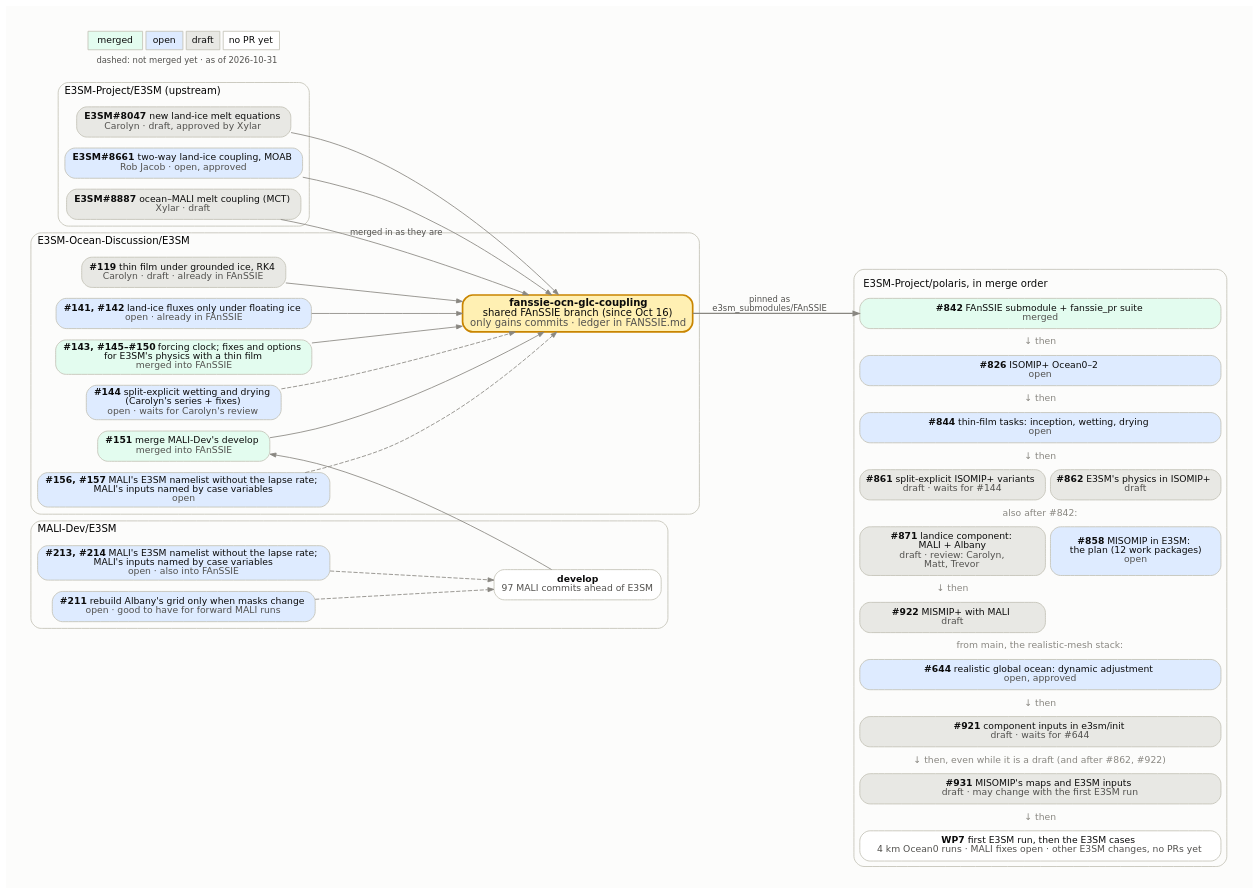
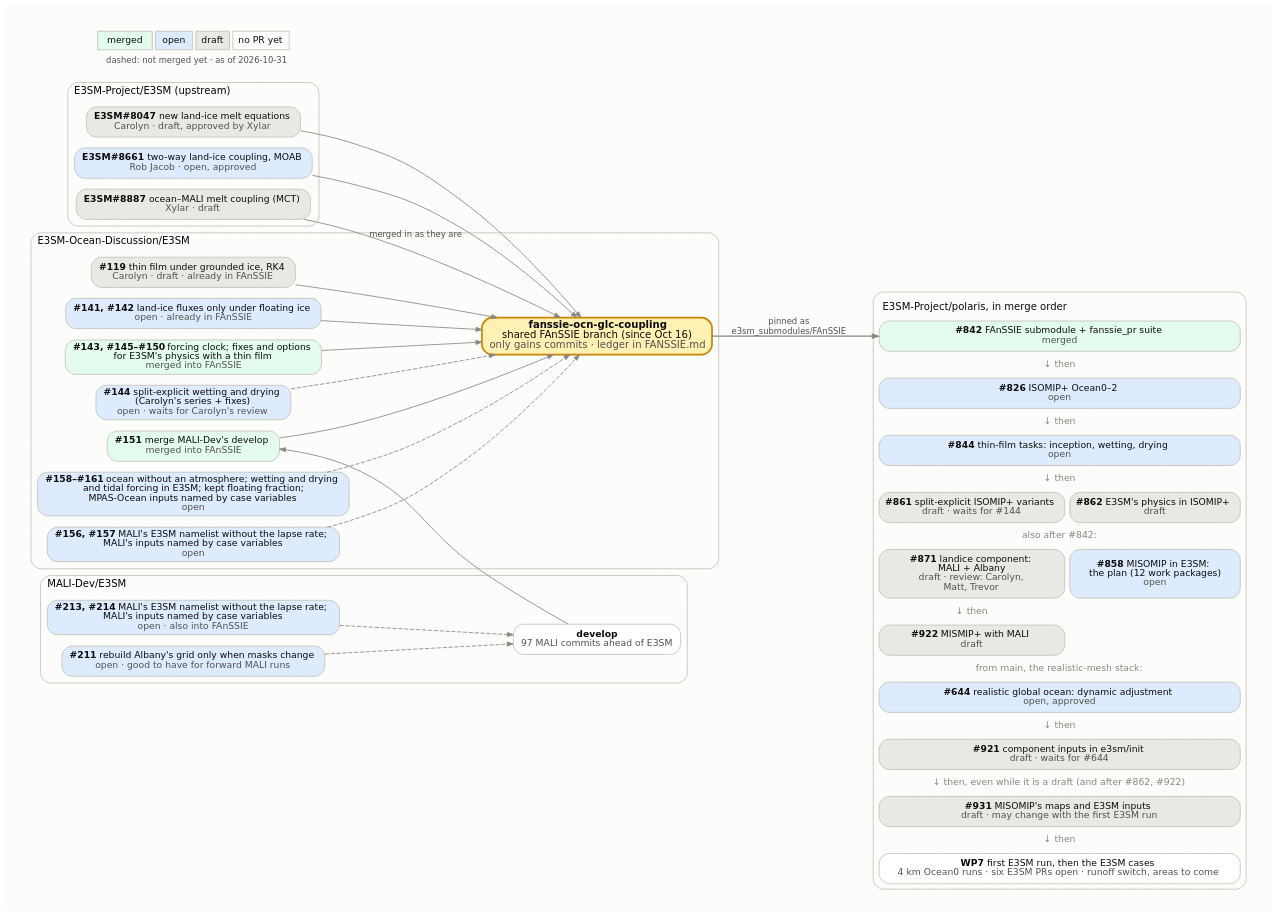
Before and after one commit to E3SM-Project/polaris: the diagram in docs/design_docs/misomip/code_flow.dot, drawn with Graphviz. The commit also changed 3 other files, not shown here.

Commit message:
Show the open FAnSSIE pull requests for the E3SM cases in the MISOMIP figures

```diff
--- a/docs/design_docs/misomip/code_flow.dot
+++ b/docs/design_docs/misomip/code_flow.dot
@@ -1,101 +1,103 @@
 // How the upstream E3SM PRs, the E3SM-Ocean-Discussion PRs, the
 // fanssie-ocn-glc-coupling branch and the Polaris PRs fit together.
 //
 // Regenerate with Graphviz 14 (Chrysalis's /usr/bin/dot 2.40 lays it out
 // wider), with the text drawn as paths so it looks the same everywhere:
 //
 //     pixi exec -s graphviz dot -Tsvg:cairo code_flow.dot -o code_flow.svg
 //
 // Fill by state: merged #e3fcef, open #deebff, draft #e8e8e4, no PR yet
 // #ffffff. Dashed edges into the FAnSSIE branch mark PRs not merged into it
 // yet. The Polaris side is one HTML-table node, in merge order, because
 // Graphviz would not keep separate boxes in that order. Update the date in
 // the legend.
 digraph fanssie {
   rankdir=LR;
   bgcolor="#fcfcfb";
   pad=0.3;
   nodesep=0.18;
   ranksep=0.7;
   fontname="DejaVu Sans";
   node [shape=box, style="rounded,filled", fontname="DejaVu Sans",
         fontsize=11, color="#c3c2b7", fontcolor="#0b0b0b", penwidth=1,
         margin="0.12,0.06"];
   edge [color="#898781", arrowsize=0.7, fontname="DejaVu Sans",
         fontsize=10, fontcolor="#52514e"];
 
   subgraph cluster_upstream {
     label="E3SM-Project/E3SM (upstream)";
     labeljust=l; fontsize=12; color="#c3c2b7"; style="rounded";
     e8047 [label=<<b>E3SM#8047</b>  new land-ice melt equations<br/><font color="#52514e">Carolyn · draft, approved by Xylar</font>>, fillcolor="#e8e8e4"];
     e8661 [label=<<b>E3SM#8661</b>  two-way land-ice coupling, MOAB<br/><font color="#52514e">Rob Jacob · open, approved</font>>, fillcolor="#deebff"];
     e8887 [label=<<b>E3SM#8887</b>  ocean–MALI melt coupling (MCT)<br/><font color="#52514e">Xylar · draft</font>>, fillcolor="#e8e8e4"];
   }
 
   subgraph cluster_malidev {
     label="MALI-Dev/E3SM";
     labeljust=l; fontsize=12; color="#c3c2b7"; style="rounded";
     malidev [label=<<b>develop</b><br/><font color="#52514e">97 MALI commits ahead of E3SM</font>>, fillcolor="#ffffff"];
     m213 [label=<<b>#213, #214</b>  MALI's E3SM namelist without the lapse rate;<br/>MALI's inputs named by case variables<br/><font color="#52514e">open · also into FAnSSIE</font>>, fillcolor="#deebff"];
     m211 [label=<<b>#211</b>  rebuild Albany's grid only when masks change<br/><font color="#52514e">open · good to have for forward MALI runs</font>>, fillcolor="#deebff"];
   }
 
   subgraph cluster_eod {
     label="E3SM-Ocean-Discussion/E3SM";
     labeljust=l; fontsize=12; color="#c3c2b7"; style="rounded";
     d119 [label=<<b>#119</b>  thin film under grounded ice, RK4<br/><font color="#52514e">Carolyn · draft · already in FAnSSIE</font>>, fillcolor="#e8e8e4"];
     d141 [label=<<b>#141, #142</b>  land-ice fluxes only under floating ice<br/><font color="#52514e">open · already in FAnSSIE</font>>, fillcolor="#deebff"];
     d143 [label=<<b>#143, #145–#150</b>  forcing clock; fixes and options<br/>for E3SM's physics with a thin film<br/><font color="#52514e">merged into FAnSSIE</font>>, fillcolor="#e3fcef"];
     d144 [label=<<b>#144</b>  split-explicit wetting and drying<br/>(Carolyn's series + fixes)<br/><font color="#52514e">open · waits for Carolyn's review</font>>, fillcolor="#deebff"];
     d151 [label=<<b>#151</b>  merge MALI-Dev's develop<br/><font color="#52514e">merged into FAnSSIE</font>>, fillcolor="#e3fcef"];
+    d158 [label=<<b>#158–#161</b>  ocean without an atmosphere; wetting and drying<br/>and tidal forcing in E3SM; kept floating fraction;<br/>MPAS-Ocean inputs named by case variables<br/><font color="#52514e">open</font>>, fillcolor="#deebff"];
     d156 [label=<<b>#156, #157</b>  MALI's E3SM namelist without the lapse rate;<br/>MALI's inputs named by case variables<br/><font color="#52514e">open</font>>, fillcolor="#deebff"];
     fanssie [label=<<b>fanssie-ocn-glc-coupling</b><br/>shared FAnSSIE branch (since Oct 16)<br/><font color="#52514e">only gains commits · ledger in FANSSIE.md</font>>,
              fillcolor="#fff0b3", penwidth=2, color="#c98500", fontsize=12];
   }
 
   polaris [shape=plaintext, style="", label=<
     <table border="1" color="#c3c2b7" style="rounded" cellborder="1" cellspacing="6" cellpadding="4" bgcolor="#fcfcfb">
       <tr><td border="0" colspan="2" align="left"><font point-size="12">E3SM-Project/polaris, in merge order</font></td></tr>
       <tr><td port="p842" bgcolor="#e3fcef" colspan="2" style="rounded" cellpadding="6"><b>#842</b>  FAnSSIE submodule + fanssie_pr suite<br/><font color="#52514e">merged</font></td></tr>
       <tr><td border="0" colspan="2"><font color="#898781">↓ then</font></td></tr>
       <tr><td port="p826" bgcolor="#deebff" colspan="2" style="rounded" cellpadding="6"><b>#826</b>  ISOMIP+ Ocean0–2<br/><font color="#52514e">open</font></td></tr>
       <tr><td border="0" colspan="2"><font color="#898781">↓ then</font></td></tr>
       <tr><td port="p844" bgcolor="#deebff" colspan="2" style="rounded" cellpadding="6"><b>#844</b>  thin-film tasks: inception, wetting, drying<br/><font color="#52514e">open</font></td></tr>
       <tr><td border="0" colspan="2"><font color="#898781">↓ then</font></td></tr>
       <tr><td port="p861" bgcolor="#e8e8e4" colspan="1" style="rounded" cellpadding="6"><b>#861</b>  split-explicit ISOMIP+ variants<br/><font color="#52514e">draft · waits for #144</font></td><td port="p862" bgcolor="#e8e8e4" colspan="1" style="rounded" cellpadding="6"><b>#862</b>  E3SM's physics in ISOMIP+<br/><font color="#52514e">draft</font></td></tr>
       <tr><td border="0" colspan="2"><font color="#898781">also after #842:</font></td></tr>
       <tr><td port="p871" bgcolor="#e8e8e4" colspan="1" style="rounded" cellpadding="6"><b>#871</b>  landice component:<br/>MALI + Albany<br/><font color="#52514e">draft · review: Carolyn,<br/>Matt, Trevor</font></td><td port="p858" bgcolor="#deebff" colspan="1" style="rounded" cellpadding="6"><b>#858</b>  MISOMIP in E3SM:<br/>the plan (12 work packages)<br/><font color="#52514e">open</font></td></tr>
       <tr><td border="0" colspan="1"><font color="#898781">↓ then</font></td><td border="0" colspan="1"></td></tr>
       <tr><td port="p922" bgcolor="#e8e8e4" colspan="1" style="rounded" cellpadding="6"><b>#922</b>  MISMIP+ with MALI<br/><font color="#52514e">draft</font></td><td border="0" colspan="1"></td></tr>
       <tr><td border="0" colspan="2"><font color="#898781">from main, the realistic-mesh stack:</font></td></tr>
       <tr><td port="p644" bgcolor="#deebff" colspan="2" style="rounded" cellpadding="6"><b>#644</b>  realistic global ocean: dynamic adjustment<br/><font color="#52514e">open, approved</font></td></tr>
       <tr><td border="0" colspan="2"><font color="#898781">↓ then</font></td></tr>
       <tr><td port="p921" bgcolor="#e8e8e4" colspan="2" style="rounded" cellpadding="6"><b>#921</b>  component inputs in e3sm/init<br/><font color="#52514e">draft · waits for #644</font></td></tr>
       <tr><td border="0" colspan="2"><font color="#898781">↓ then, even while it is a draft (and after #862, #922)</font></td></tr>
       <tr><td port="pwp56" bgcolor="#e8e8e4" colspan="2" style="rounded" cellpadding="6"><b>#931</b>  MISOMIP's maps and E3SM inputs<br/><font color="#52514e">draft · may change with the first E3SM run</font></td></tr>
       <tr><td border="0" colspan="2"><font color="#898781">↓ then</font></td></tr>
-      <tr><td port="pwp7" bgcolor="#ffffff" colspan="2" style="rounded" cellpadding="6"><b>WP7</b>  first E3SM run, then the E3SM cases<br/><font color="#52514e">4 km Ocean0 runs · MALI fixes open · other E3SM changes, no PRs yet</font></td></tr>
+      <tr><td port="pwp7" bgcolor="#ffffff" colspan="2" style="rounded" cellpadding="6"><b>WP7</b>  first E3SM run, then the E3SM cases<br/><font color="#52514e">4 km Ocean0 runs · six E3SM PRs open · runoff switch, areas to come</font></td></tr>
     </table>>];
 
   e8047 -> fanssie;
   e8661 -> fanssie;
   e8887 -> fanssie [label="merged in as they are"];
   d119 -> fanssie;
   d141 -> fanssie;
   d143 -> fanssie;
   d144 -> fanssie [style=dashed];
   m211 -> malidev [style=dashed];
   m213 -> malidev [style=dashed];
   d156 -> fanssie [style=dashed];
+  d158 -> fanssie [style=dashed];
   malidev -> d151 [constraint=false];
   d151 -> fanssie;
 
   fanssie -> polaris:p842 [label="pinned as
 e3sm_submodules/FAnSSIE", penwidth=1.5];
 
   legend [shape=plaintext, style="", label=<
     <table border="0" cellborder="1" cellspacing="4" cellpadding="4" color="#c3c2b7">
       <tr><td bgcolor="#e3fcef">merged</td><td bgcolor="#deebff">open</td><td bgcolor="#e8e8e4">draft</td><td bgcolor="#ffffff">no PR yet</td></tr>
       <tr><td colspan="4" border="0"><font point-size="10" color="#52514e">dashed: not merged yet · as of 2026-10-31</font></td></tr>
     </table>>];
 }
```
